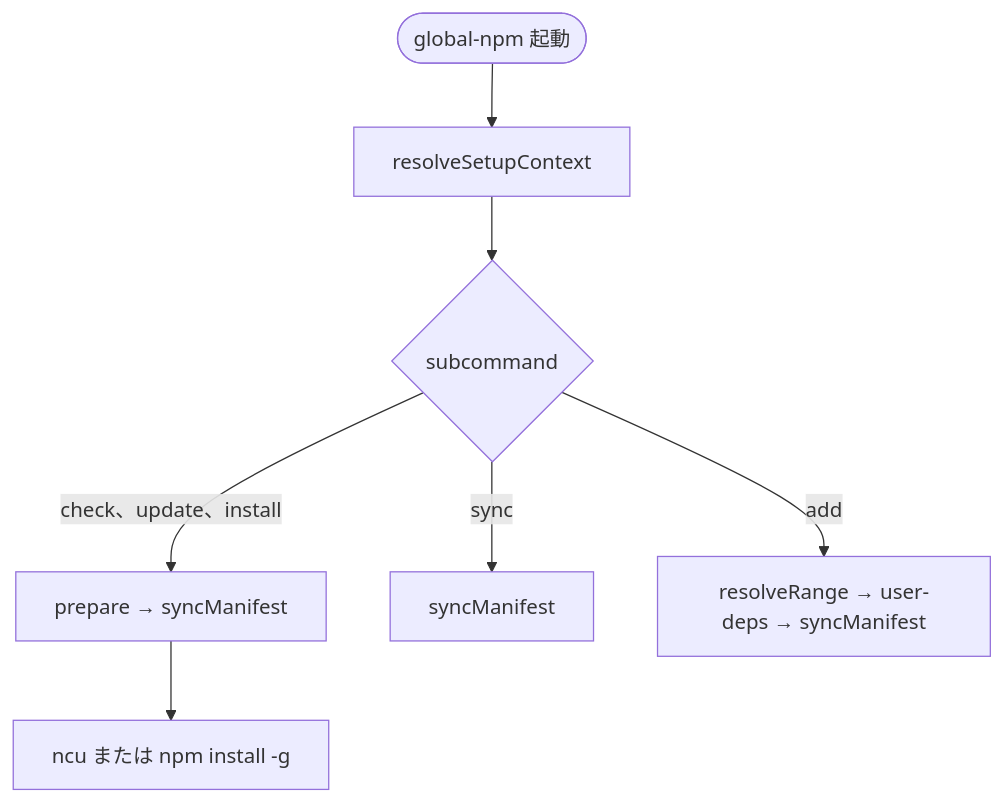
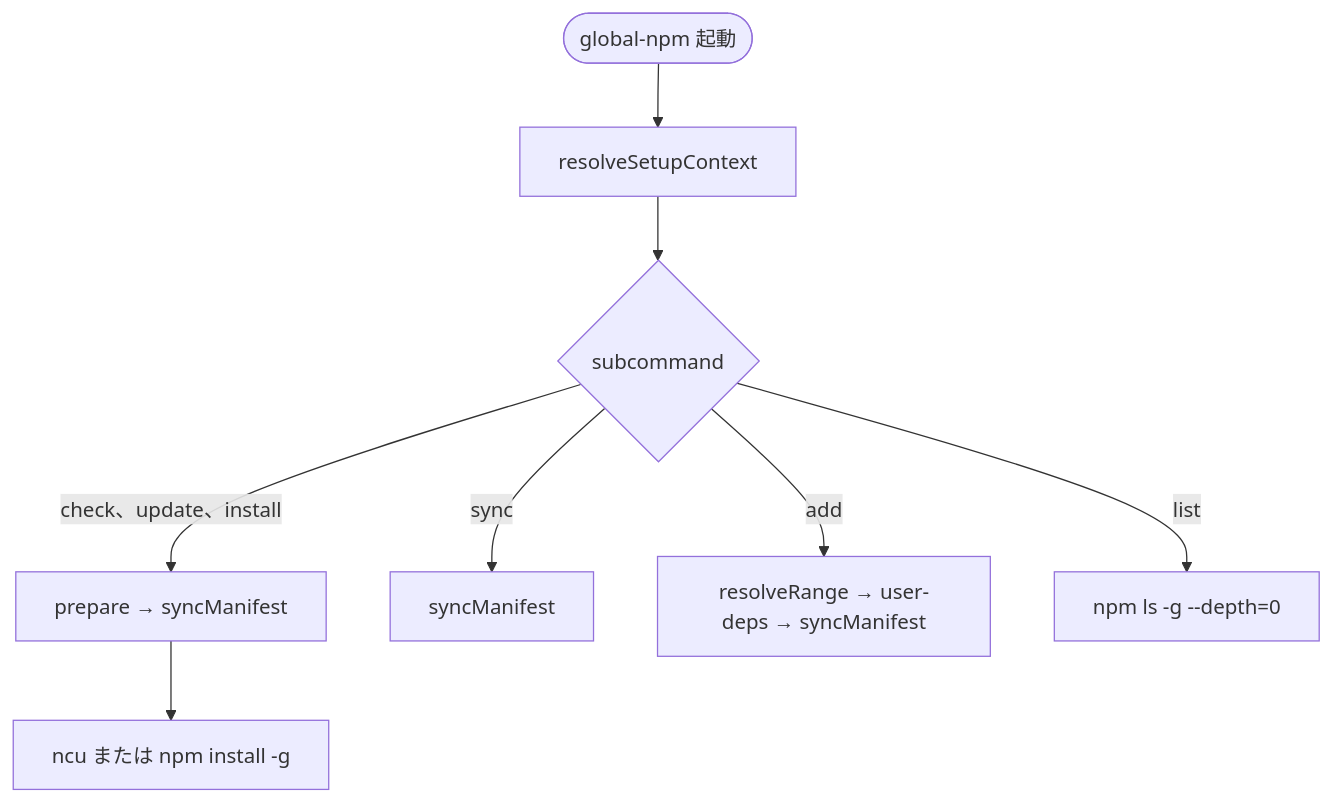
Before and after one commit to stein2nd/global-npm-setup: the diagram in docs/cli.md, drawn with Mermaid. The commit also changed other lines of this file and 11 other files, not shown here.

````diff
--- a/docs/cli.md
+++ b/docs/cli.md
@@ -141,9 +156,10 @@
 ```mermaid
 flowchart TD
   START([global-npm 起動]) --> CTX[resolveSetupContext]
   CTX --> SW{subcommand}
   SW -->|check、update、install| PREP[prepare → syncManifest]
   PREP --> ACT[ncu または npm install -g]
   SW -->|sync| SYNC[syncManifest]
   SW -->|add| ADD[resolveRange → user-deps → syncManifest]
+  SW -->|list| LIST[npm ls -g --depth=0]
 ```
````
